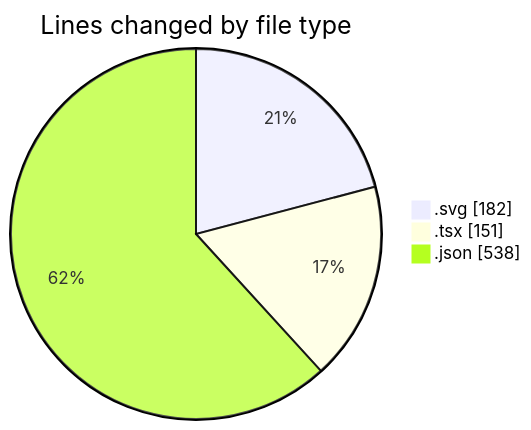
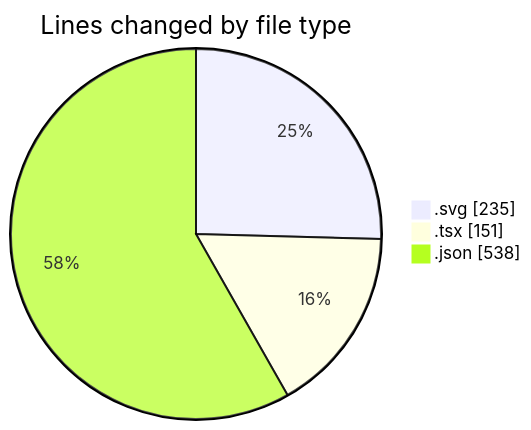
Before and after one commit to EIIisD/code-tracking: the first of 2 diagrams in 2025-08-06/tw-server/README.md, drawn with Mermaid. The commit also changed other lines of this file and 1 other file, not shown here.

````diff
--- a/2025-08-06/tw-server/README.md
+++ b/2025-08-06/tw-server/README.md
@@ -23,7 +24,7 @@
 ```mermaid
 pie showData
 title Lines changed by file type
-".svg" : 182
+".svg" : 235
 ".tsx" : 151
 ".json" : 538
 ```
````
